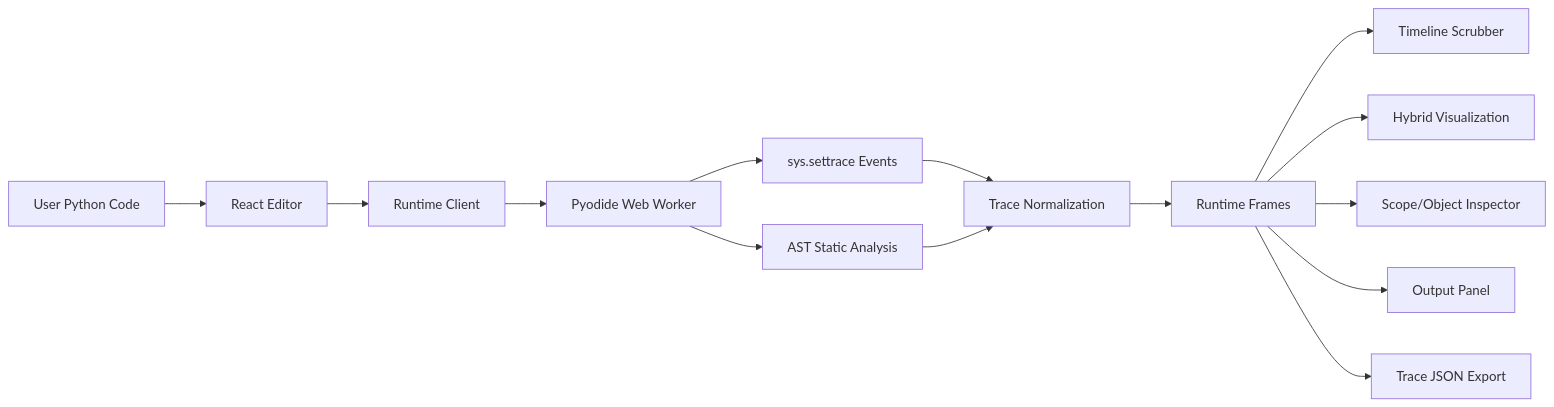
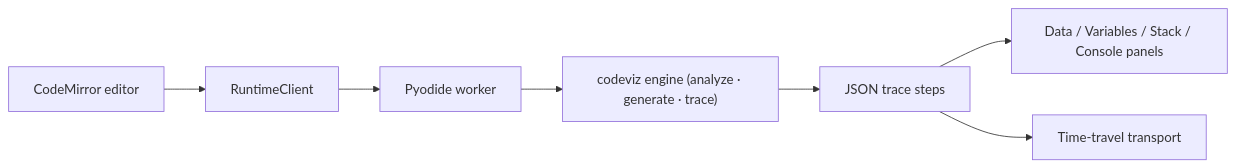
The diagram in README.md (harsit14/code_visualizer), drawn with Mermaid before and after one commit. The commit also changed other lines of this file and 5 other files, not shown here.

````diff
--- a/README.md
+++ b/README.md
@@ -24,16 +85,9 @@
 ```mermaid
 flowchart LR
-  User["User Python Code"] --> Editor["React Editor"]
-  Editor --> RuntimeClient["Runtime Client"]
-  RuntimeClient --> Worker["Pyodide Web Worker"]
-  Worker --> Trace["sys.settrace Events"]
-  Worker --> Static["AST Static Analysis"]
-  Trace --> Normalize["Trace Normalization"]
-  Static --> Normalize
-  Normalize --> Frames["Runtime Frames"]
-  Frames --> Timeline["Timeline Scrubber"]
-  Frames --> Stage["Hybrid Visualization"]
-  Frames --> Inspector["Scope/Object Inspector"]
-  Frames --> Output["Output Panel"]
-  Frames --> Export["Trace JSON Export"]
+  Editor["CodeMirror editor"] --> Client["RuntimeClient"]
+  Client --> Worker["Pyodide worker"]
+  Worker --> Engine["codeviz engine (analyze · generate · trace)"]
+  Engine --> Steps["JSON trace steps"]
+  Steps --> UI["Data / Variables / Stack / Console panels"]
+  Steps --> Transport["Time-travel transport"]
 ```
````
